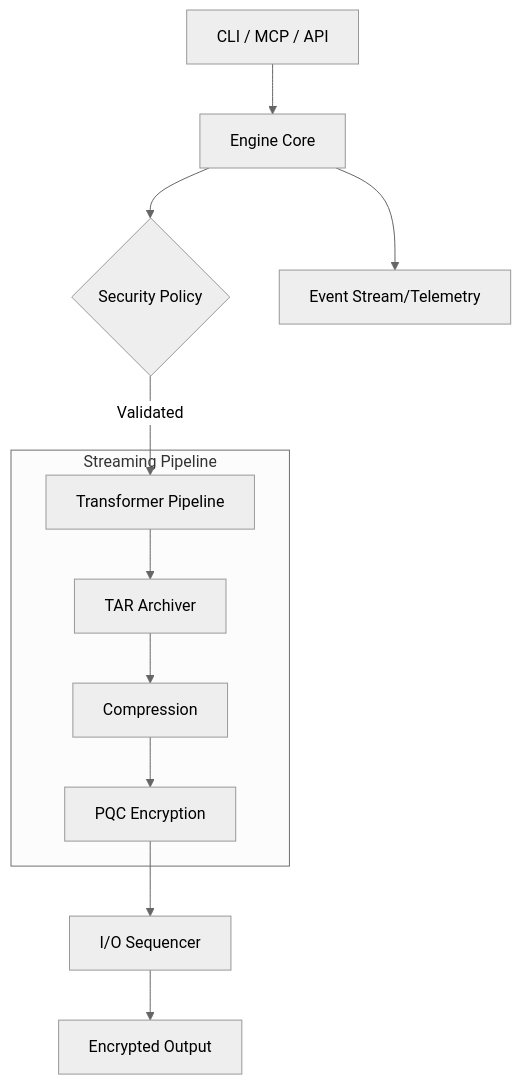
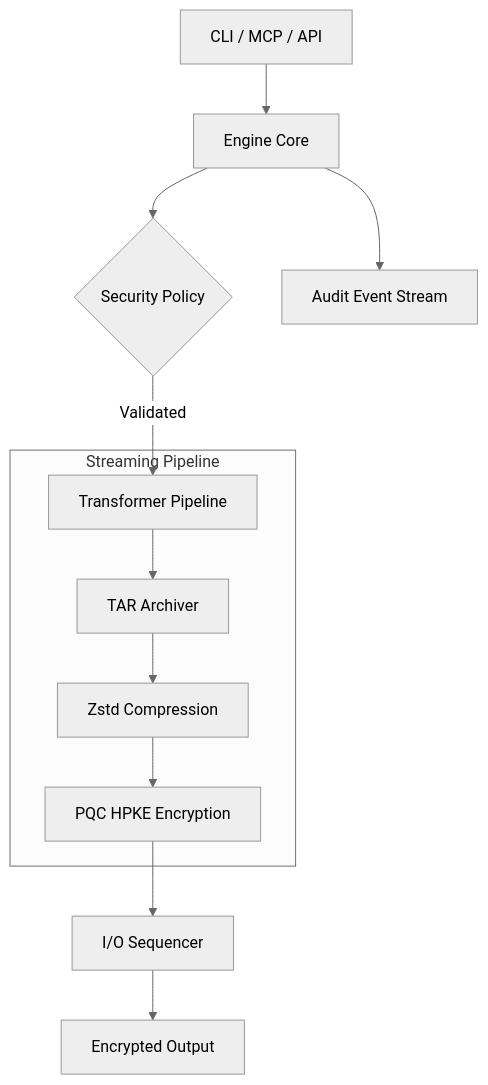
Before and after one commit to a-khallaf/maknoon: the diagram in README.md, drawn with Mermaid (neutral theme). The commit also changed other lines of this file and 12 other files, not shown here.

Commit message:
docs: finalize v3 documentation positioning with Wiki deep-dives and architectural visualizations

````diff
--- a/README.md
+++ b/README.md
@@ -111,14 +93,14 @@
 ```mermaid
 graph TD
     A[CLI / MCP / API] --> B[Engine Core]
     B --> C{Security Policy}
     C -- Validated --> D[Transformer Pipeline]
     subgraph Pipeline [Streaming Pipeline]
         D --> E[TAR Archiver]
-        E --> F[Compression]
-        F --> G[PQC Encryption]
+        E --> F[Zstd Compression]
+        F --> G[PQC HPKE Encryption]
     end
     G --> H[I/O Sequencer]
     H --> I[Encrypted Output]
-    B --> J[Event Stream/Telemetry]
+    B --> J[Audit Event Stream]
 ```
````
